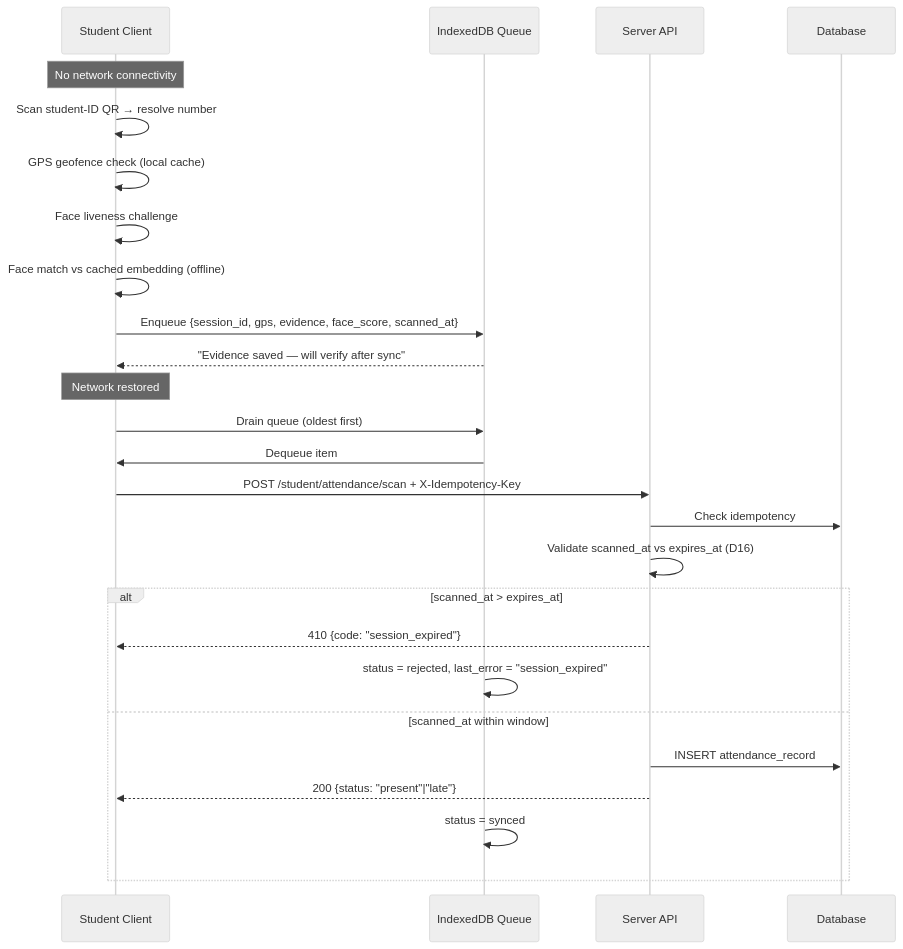
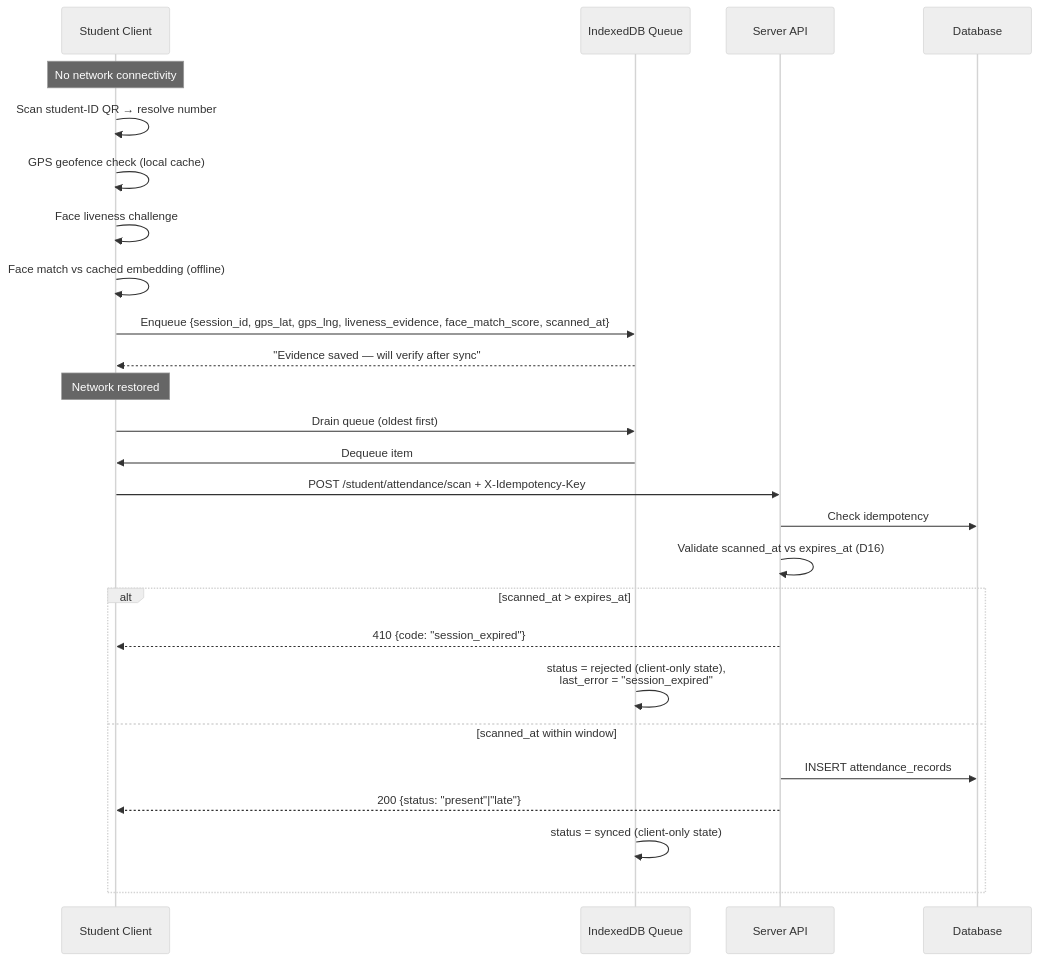
Before and after one commit to dhenji/qr_based_attendance_system: the second of 3 diagrams in docs/architecture/offline-first.md, drawn with Mermaid (neutral theme). The commit also changed other lines of this file and 47 other files, not shown here.

````diff
--- a/docs/architecture/offline-first.md
+++ b/docs/architecture/offline-first.md
@@ -257,34 +257,34 @@
 ```mermaid
 sequenceDiagram
     participant S as Student Client
     participant Q as IndexedDB Queue
     participant API as Server API
     participant DB as Database
 
     Note over S: No network connectivity
 
     S->>S: Scan student-ID QR → resolve number
     S->>S: GPS geofence check (local cache)
     S->>S: Face liveness challenge
     S->>S: Face match vs cached embedding (offline)
-    S->>Q: Enqueue {session_id, gps, evidence, face_score, scanned_at}
+    S->>Q: Enqueue {session_id, gps_lat, gps_lng, liveness_evidence, face_match_score, scanned_at}
     Q-->>S: "Evidence saved — will verify after sync"
 
     Note over S: Network restored
 
     S->>Q: Drain queue (oldest first)
     Q->>S: Dequeue item
 
     S->>API: POST /student/attendance/scan + X-Idempotency-Key
     API->>DB: Check idempotency
     API->>API: Validate scanned_at vs expires_at (D16)
 
     alt scanned_at > expires_at
         API-->>S: 410 {code: "session_expired"}
-        Q->>Q: status = rejected, last_error = "session_expired"
+        Q->>Q: status = rejected (client-only state),<br>last_error = "session_expired"
     else scanned_at within window
-        API->>DB: INSERT attendance_record
+        API->>DB: INSERT attendance_records
         API-->>S: 200 {status: "present"|"late"}
-        Q->>Q: status = synced
+        Q->>Q: status = synced (client-only state)
     end
 ```
````
